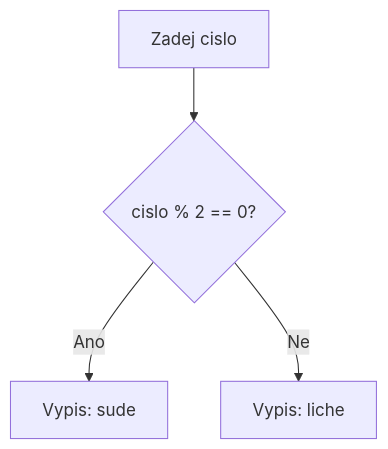
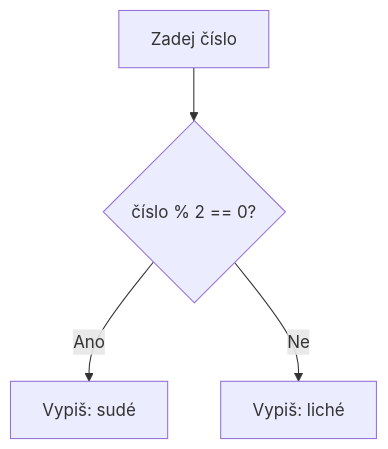
One commit to lucny/informator changed the diagram in docs/16-zaklady-programovani-a-algoritmizace/algoritmus.md. Above: the diagram before and after it, drawn with Mermaid. The commit also changed other lines of this file and 23 other files, not shown here.

````diff
--- a/docs/16-zaklady-programovani-a-algoritmizace/algoritmus.md
+++ b/docs/16-zaklady-programovani-a-algoritmizace/algoritmus.md
@@ -38,6 +44,6 @@
 ```{mermaid}
 flowchart TD
-    A[Zadej cislo] --> B{cislo % 2 == 0?}
-    B -- Ano --> C[Vypis: sude]
-    B -- Ne --> D[Vypis: liche]
+    A[Zadej číslo] --> B{číslo % 2 == 0?}
+    B -- Ano --> C[Vypiš: sudé]
+    B -- Ne --> D[Vypiš: liché]
 ```
````
